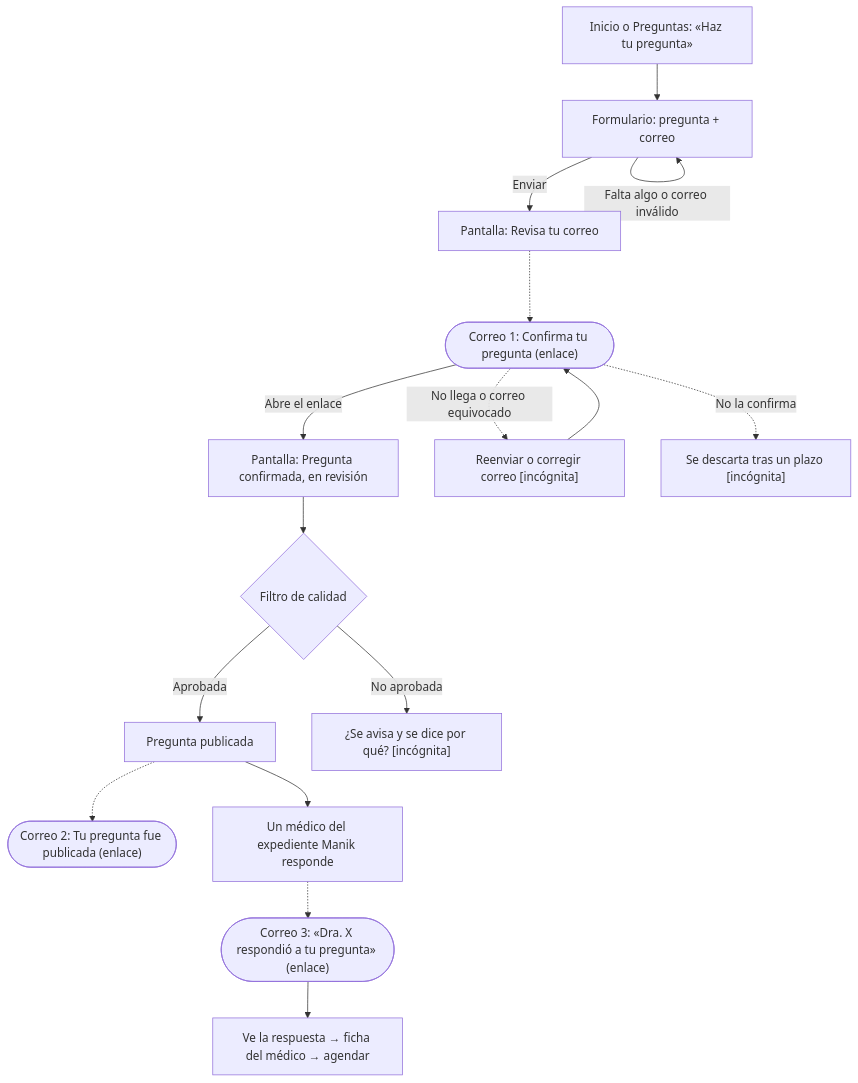
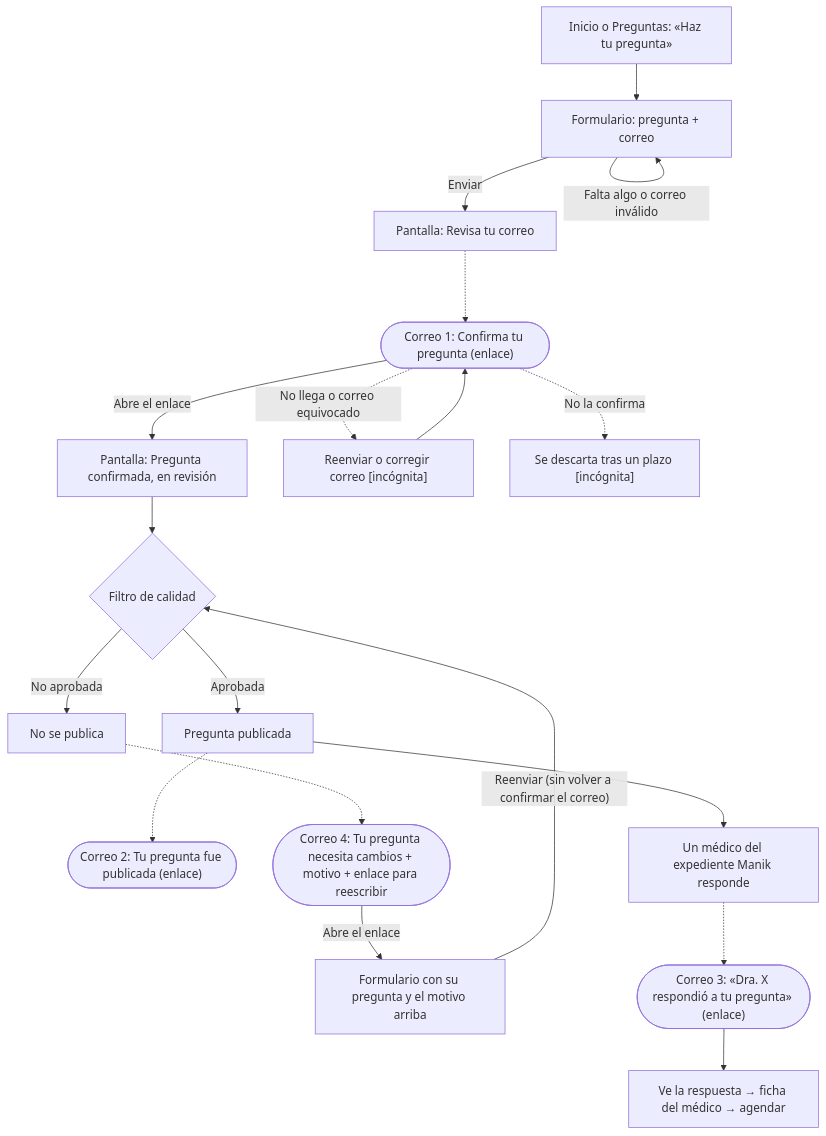
Before and after one commit to kevinedgm/fruti-squad: the diagram in .fruti/icons/medicalmanik/directorio-ds/pregunta/r01/flujo.md, drawn with Mermaid. The commit also changed other lines of this file and 1 other file, not shown here.

Commit message:
Kiwi: pregunta r01, rechazo con motivo y reescritura
Claude-Session: https://claude.ai/code/session_0139TfWapUP1QyepGUZapXLH

````diff
--- a/.fruti/icons/medicalmanik/directorio-ds/pregunta/r01/flujo.md
+++ b/.fruti/icons/medicalmanik/directorio-ds/pregunta/r01/flujo.md
@@ -5,17 +5,20 @@
 ```mermaid
 flowchart TD
     A["Inicio o Preguntas: «Haz tu pregunta»"] --> F["Formulario: pregunta + correo"]
     F -- "Falta algo o correo inválido" --> F
     F -- "Enviar" --> S1["Pantalla: Revisa tu correo"]
     S1 -.-> C1(["Correo 1: Confirma tu pregunta (enlace)"])
     C1 -- "Abre el enlace" --> S2["Pantalla: Pregunta confirmada, en revisión"]
     C1 -. "No llega o correo equivocado" .-> RE["Reenviar o corregir correo [incógnita]"] --> C1
     C1 -. "No la confirma" .-> VE["Se descarta tras un plazo [incógnita]"]
     S2 --> FI{"Filtro de calidad"}
     FI -- "Aprobada" --> PU["Pregunta publicada"]
     PU -.-> C2(["Correo 2: Tu pregunta fue publicada (enlace)"])
-    FI -- "No aprobada" --> NO["¿Se avisa y se dice por qué? [incógnita]"]
+    FI -- "No aprobada" --> NO["No se publica"]
+    NO -.-> C4(["Correo 4: Tu pregunta necesita cambios + motivo + enlace para reescribir"])
+    C4 -- "Abre el enlace" --> RW["Formulario con su pregunta y el motivo arriba"]
+    RW -- "Reenviar (sin volver a confirmar el correo)" --> FI
     PU --> MR["Un médico del expediente Manik responde"]
     MR -.-> C3(["Correo 3: «Dra. X respondió a tu pregunta» (enlace)"])
     C3 --> VR["Ve la respuesta → ficha del médico → agendar"]
 ```
````
